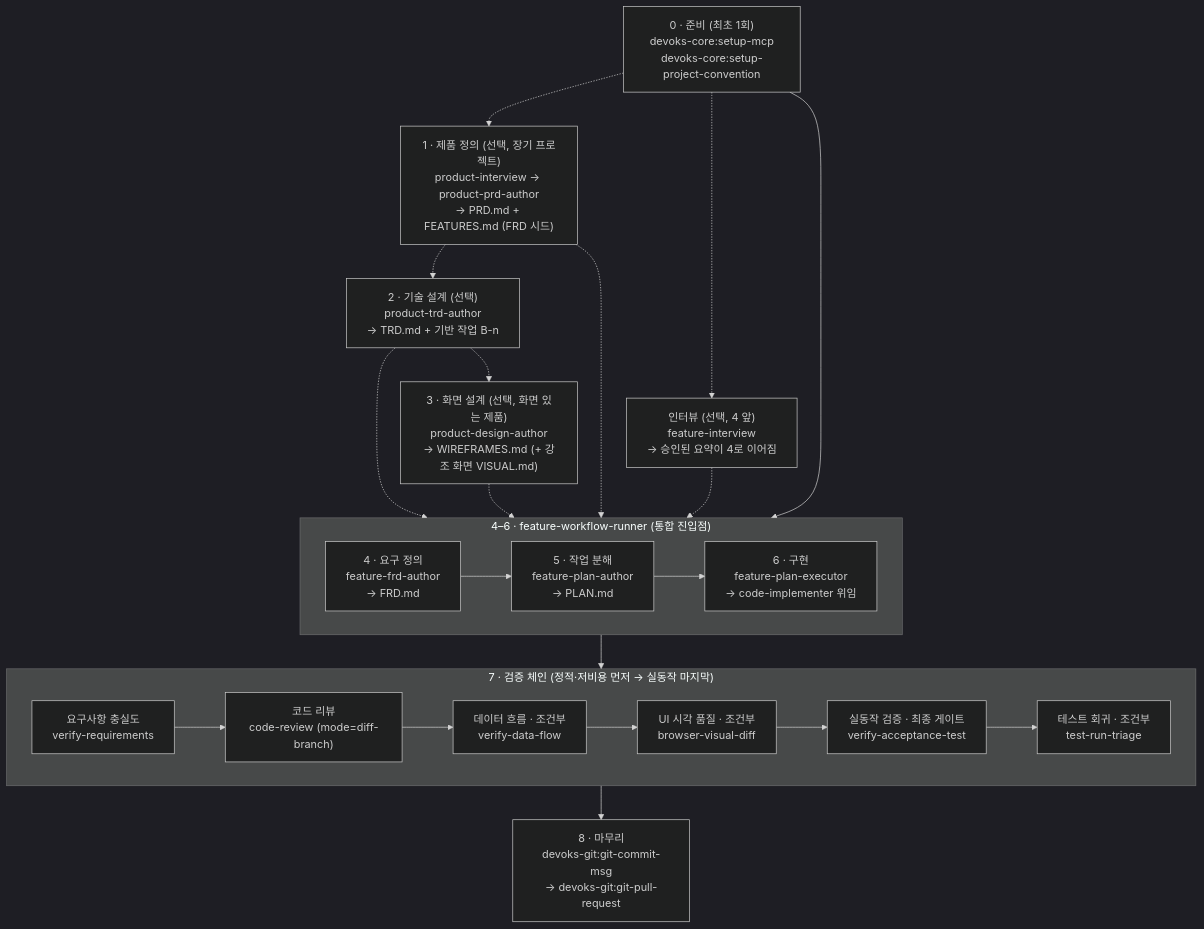
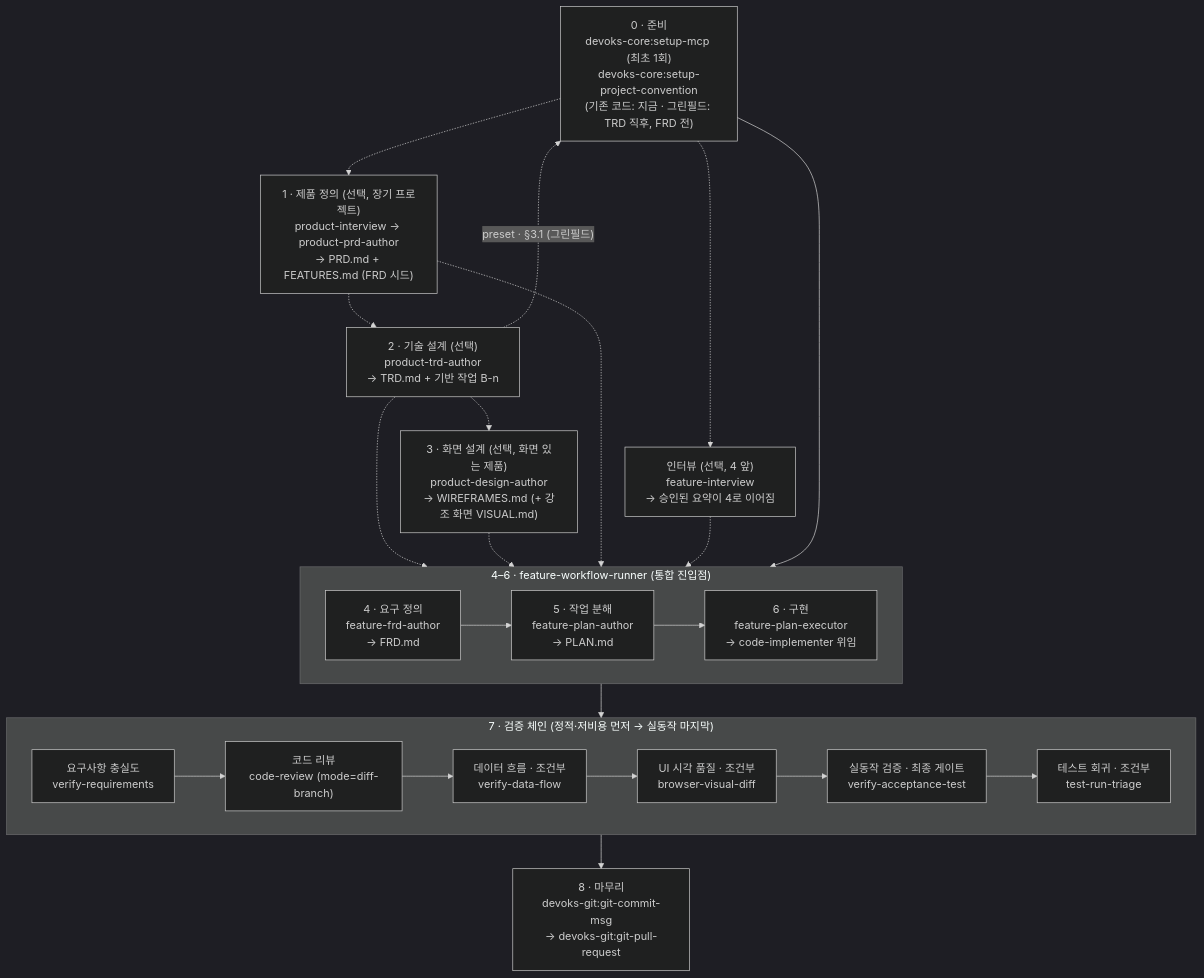
Before and after one commit to ridsync/devoks-team-harness: the diagram in docs/README.ko.md, drawn with Mermaid (dark theme). The commit also changed other lines of this file and 24 other files, not shown here.

First line of the commit message:
feat(devoks-core,devoks-sdlc): 앱 내부 아키텍처 단계(TRD §3.1)·setup 현행 vs 목표 비교·nextjs preset 도입

````diff
--- a/docs/README.ko.md
+++ b/docs/README.ko.md
@@ -108,45 +108,46 @@
 ```mermaid
 flowchart TD
-    S["0 · 준비 (최초 1회)<br/>devoks-core:setup-mcp<br/>devoks-core:setup-project-convention"]
+    S["0 · 준비<br/>devoks-core:setup-mcp (최초 1회)<br/>devoks-core:setup-project-convention<br/>(기존 코드: 지금 · 그린필드: TRD 직후, FRD 전)"]
 
     PRD["1 · 제품 정의 (선택, 장기 프로젝트)<br/>product-interview → product-prd-author<br/>→ PRD.md + FEATURES.md (FRD 시드)"]
 
     TRD["2 · 기술 설계 (선택)<br/>product-trd-author<br/>→ TRD.md + 기반 작업 B-n"]
 
     WF["3 · 화면 설계 (선택, 화면 있는 제품)<br/>product-design-author<br/>→ WIREFRAMES.md (+ 강조 화면 VISUAL.md)"]
 
     D["인터뷰 (선택, 4 앞)<br/>feature-interview<br/>→ 승인된 요약이 4로 이어짐"]
 
     subgraph BUILD["4–6 · feature-workflow-runner (통합 진입점)"]
         direction LR
         F["4 · 요구 정의<br/>feature-frd-author<br/>→ FRD.md"]
         P["5 · 작업 분해<br/>feature-plan-author<br/>→ PLAN.md"]
         I["6 · 구현<br/>feature-plan-executor<br/>→ code-implementer 위임"]
         F --> P --> I
     end
 
     subgraph VERIFY["7 · 검증 체인 (정적·저비용 먼저 → 실동작 마지막)"]
         direction LR
         V1["요구사항 충실도<br/>verify-requirements"]
         V2["코드 리뷰<br/>code-review (mode=diff-branch)"]
         V3["데이터 흐름 · 조건부<br/>verify-data-flow"]
         V4["UI 시각 품질 · 조건부<br/>browser-visual-diff"]
         V5["실동작 검증 · 최종 게이트<br/>verify-acceptance-test"]
         V6["테스트 회귀 · 조건부<br/>test-run-triage"]
         V1 --> V2 --> V3 --> V4 --> V5 --> V6
     end
 
     C["8 · 마무리<br/>devoks-git:git-commit-msg<br/>→ devoks-git:git-pull-request"]
 
     S --> BUILD
     S -.-> PRD
     PRD -.-> TRD
+    TRD -.->|"preset · §3.1 (그린필드)"| S
     TRD -.-> F
     TRD -.-> WF
     WF -.-> F
     PRD -.-> F
     S -.-> D
     D -.-> F
     BUILD --> VERIFY
     VERIFY --> C
 ```
````
